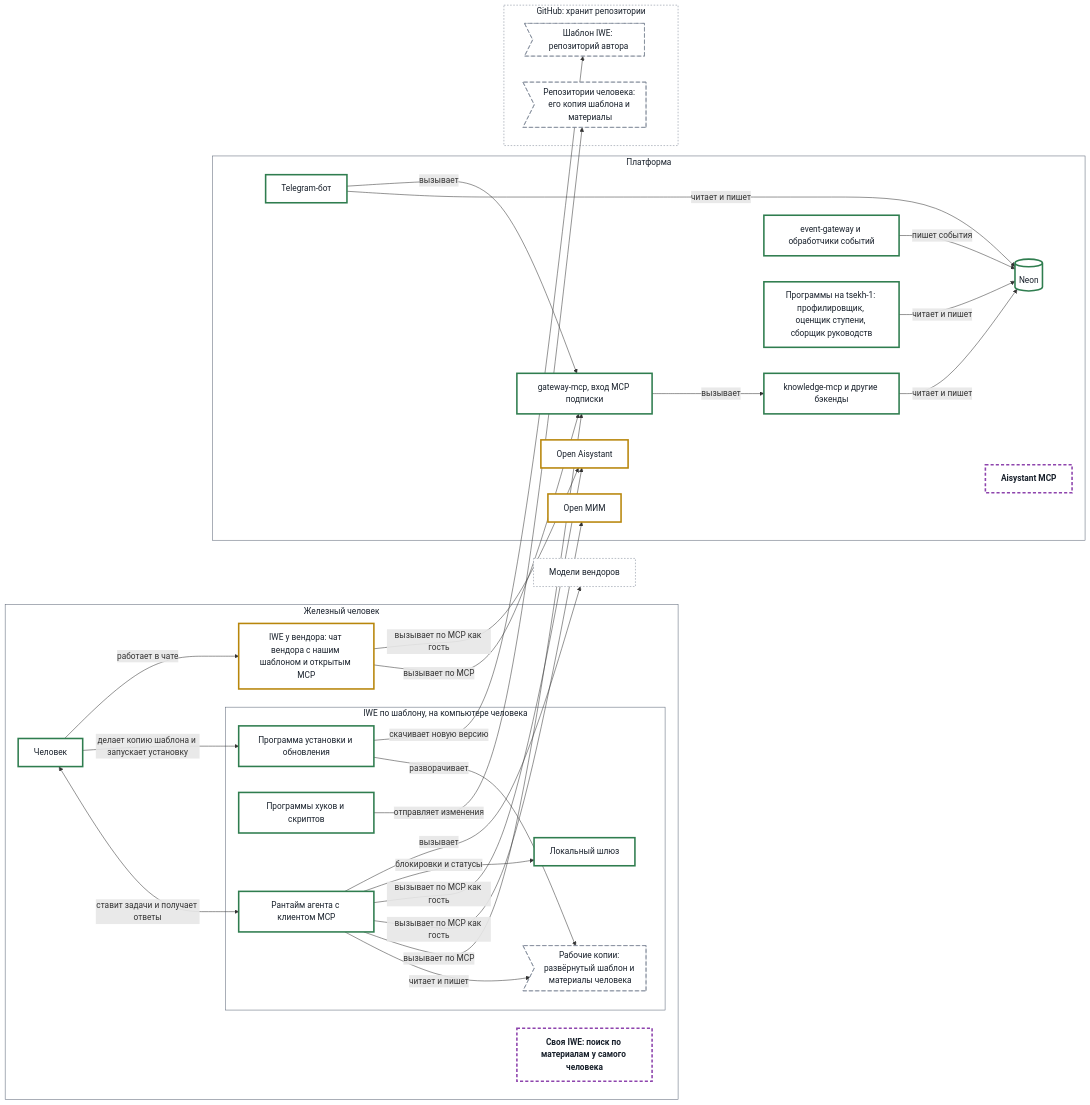
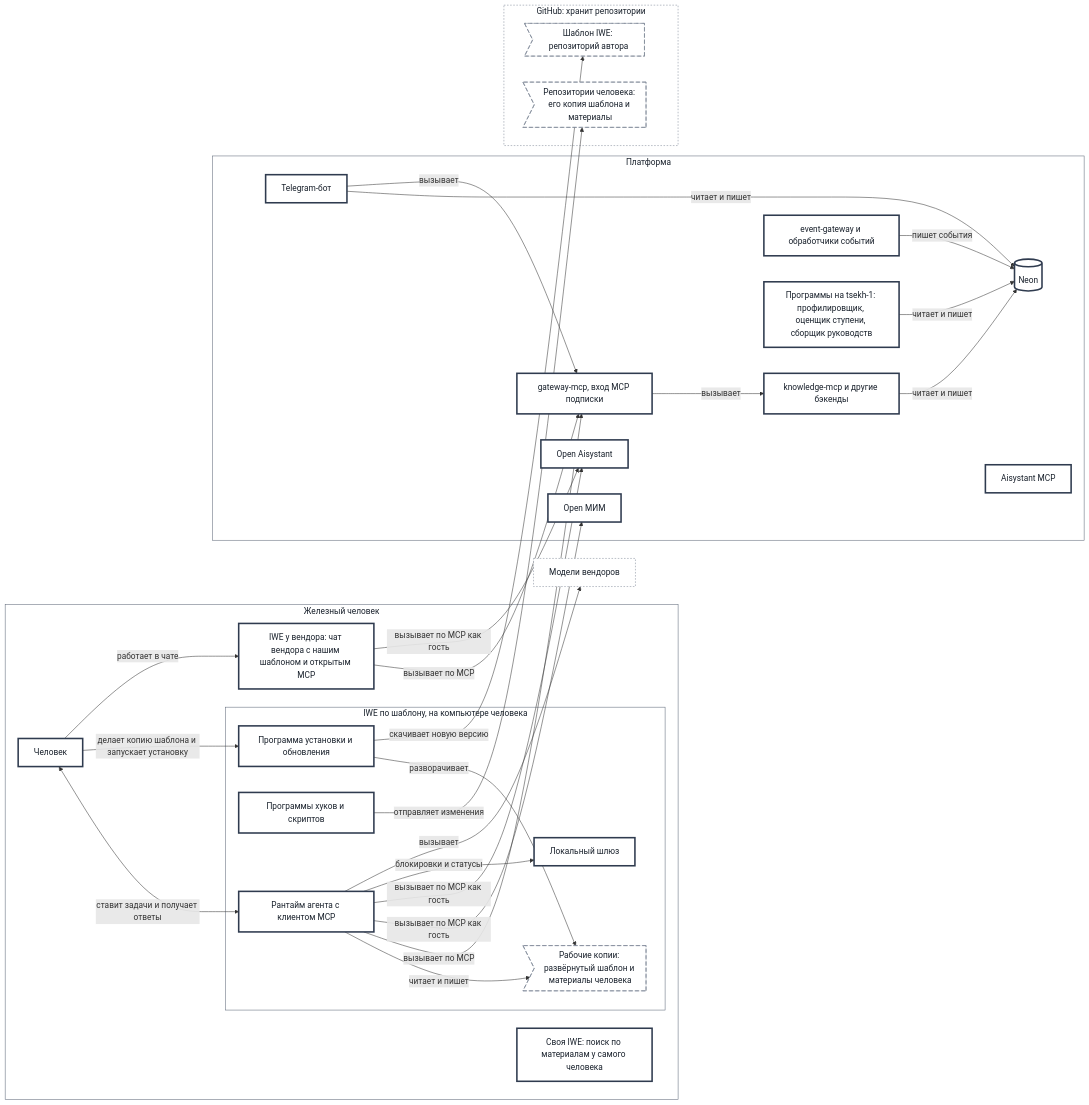
One commit to MimEcoSys/PACK-digital-platform changed the second of 2 diagrams in pack/digital-platform/02-domain-entities/DP.ARCH.001-platform-architecture.md. Above: the diagram before and after it, drawn with Mermaid. The commit also changed other lines of this file and 2 other files, not shown here.

````diff
--- a/pack/digital-platform/02-domain-entities/DP.ARCH.001-platform-architecture.md
+++ b/pack/digital-platform/02-domain-entities/DP.ARCH.001-platform-architecture.md
@@ -186,59 +184,57 @@
 ```mermaid
 flowchart LR
-  classDef have fill:#ffffff,stroke:#2f7d4f,stroke-width:3px,color:#18202b
-  classDef build fill:#ffffff,stroke:#b8860b,stroke-width:3px,color:#18202b
-  classDef future fill:#ffffff,stroke:#8e44ad,stroke-width:3px,stroke-dasharray:6 4,color:#18202b,font-weight:bold
+  classDef sys fill:#ffffff,stroke:#2f3b4f,stroke-width:3px,color:#18202b
   classDef env fill:#ffffff,stroke:#7a8494,stroke-width:1px,stroke-dasharray:3 3,color:#18202b
   classDef doc fill:#ffffff,stroke:#7a8494,stroke-width:1px,stroke-dasharray:8 4,color:#18202b
   subgraph IH["Железный человек"]
-    H["Человек"]:::have
+    H["Человек"]:::sys
     subgraph IWE2["IWE по шаблону, на компьютере человека"]
-      RT["Рантайм агента с клиентом MCP"]:::have
-      LG["Локальный шлюз"]:::have
-      SCR["Программы хуков и скриптов"]:::have
-      UPD["Программа установки и обновления"]:::have
+      RT["Рантайм агента с клиентом MCP"]:::sys
+      LG["Локальный шлюз"]:::sys
+      SCR["Программы хуков и скриптов"]:::sys
+      UPD["Программа установки и обновления"]:::sys
       LC>"Рабочие копии: развёрнутый шаблон и материалы человека"]:::doc
     end
-    VC["IWE у вендора: чат вендора с нашим шаблоном и открытым MCP"]:::build
-    OWN["Своя IWE: поиск по материалам у самого человека"]:::future
+    VC["IWE у вендора: чат вендора с нашим шаблоном и открытым MCP"]:::sys
+    OWN["Своя IWE: поиск по материалам у самого человека"]:::sys
   end
   subgraph P["Платформа"]
-    GW["gateway-mcp, вход MCP подписки"]:::have
-    KN["knowledge-mcp и другие бэкенды"]:::have
-    BOT["Telegram-бот"]:::have
-    EV["event-gateway и обработчики событий"]:::have
-    DB[("Neon")]:::have
-    TS["Программы на tsekh-1: профилировщик, оценщик ступени, сборщик руководств"]:::have
-    OPEN["Open МИМ"]:::build
-    OPA["Open Aisystant"]:::build
-    AIM["Aisystant MCP"]:::future
+    GW["gateway-mcp, вход MCP подписки"]:::sys
+    KN["knowledge-mcp и другие бэкенды"]:::sys
+    BOT["Telegram-бот"]:::sys
+    EV["event-gateway и обработчики событий"]:::sys
+    DB[("Neon")]:::sys
+    TS["Программы на tsekh-1: профилировщик, оценщик ступени, сборщик руководств"]:::sys
+    OPEN["Open МИМ"]:::sys
+    OPA["Open Aisystant"]:::sys
+    AIM["Aisystant MCP"]:::sys
   end
   subgraph GHB["GitHub: хранит репозитории"]
     T>"Шаблон IWE: репозиторий автора"]:::doc
     UR>"Репозитории человека: его копия шаблона и материалы"]:::doc
   end
   MODEL["Модели вендоров"]:::env
   H <-->|ставит задачи и получает ответы| RT
   H -->|делает копию шаблона и запускает установку| UPD
   H -->|работает в чате| VC
   RT -->|читает и пишет| LC
   RT -->|вызывает по MCP| GW
   RT -->|вызывает по MCP как гость| OPEN
   RT -->|вызывает по MCP как гость| OPA
   RT -->|блокировки и статусы| LG
   RT -->|вызывает| MODEL
   VC -->|вызывает по MCP| GW
   VC -->|вызывает по MCP как гость| OPA
   UPD -->|разворачивает| LC
   UPD -->|скачивает новую версию| T
   SCR -->|отправляет изменения| UR
   GW -->|вызывает| KN -->|читает и пишет| DB
   BOT -->|читает и пишет| DB
   BOT -->|вызывает| GW
   EV -->|пишет события| DB
   TS -->|читает и пишет| DB
   style IH fill:#ffffff,stroke:#5a6575,color:#18202b
   style IWE2 fill:#ffffff,stroke:#5a6575,color:#18202b
   style P fill:#ffffff,stroke:#5a6575,color:#18202b
   style GHB fill:#ffffff,stroke:#7a8494,stroke-dasharray:3 3,color:#18202b
 ```
````
